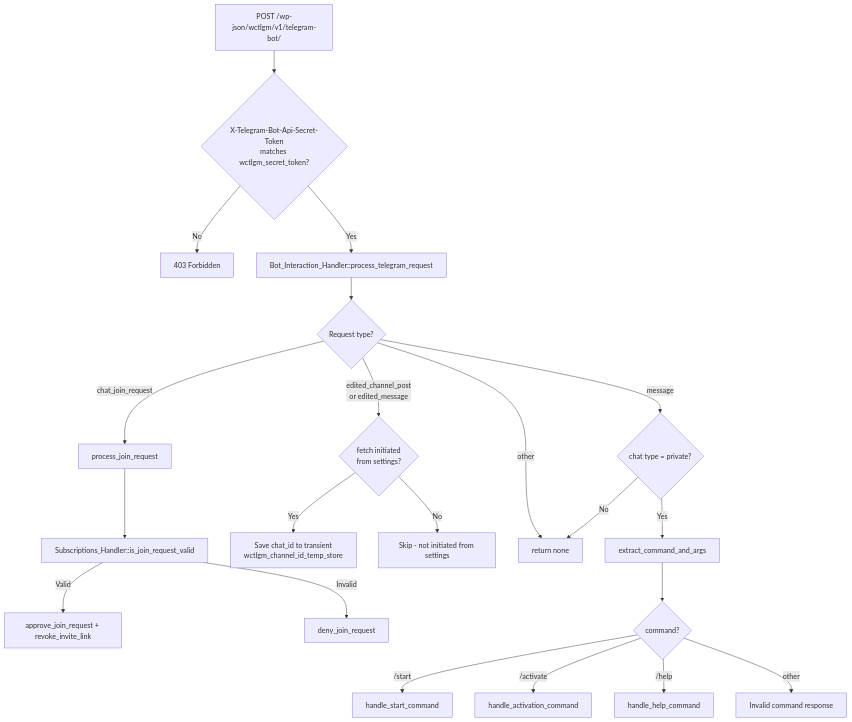
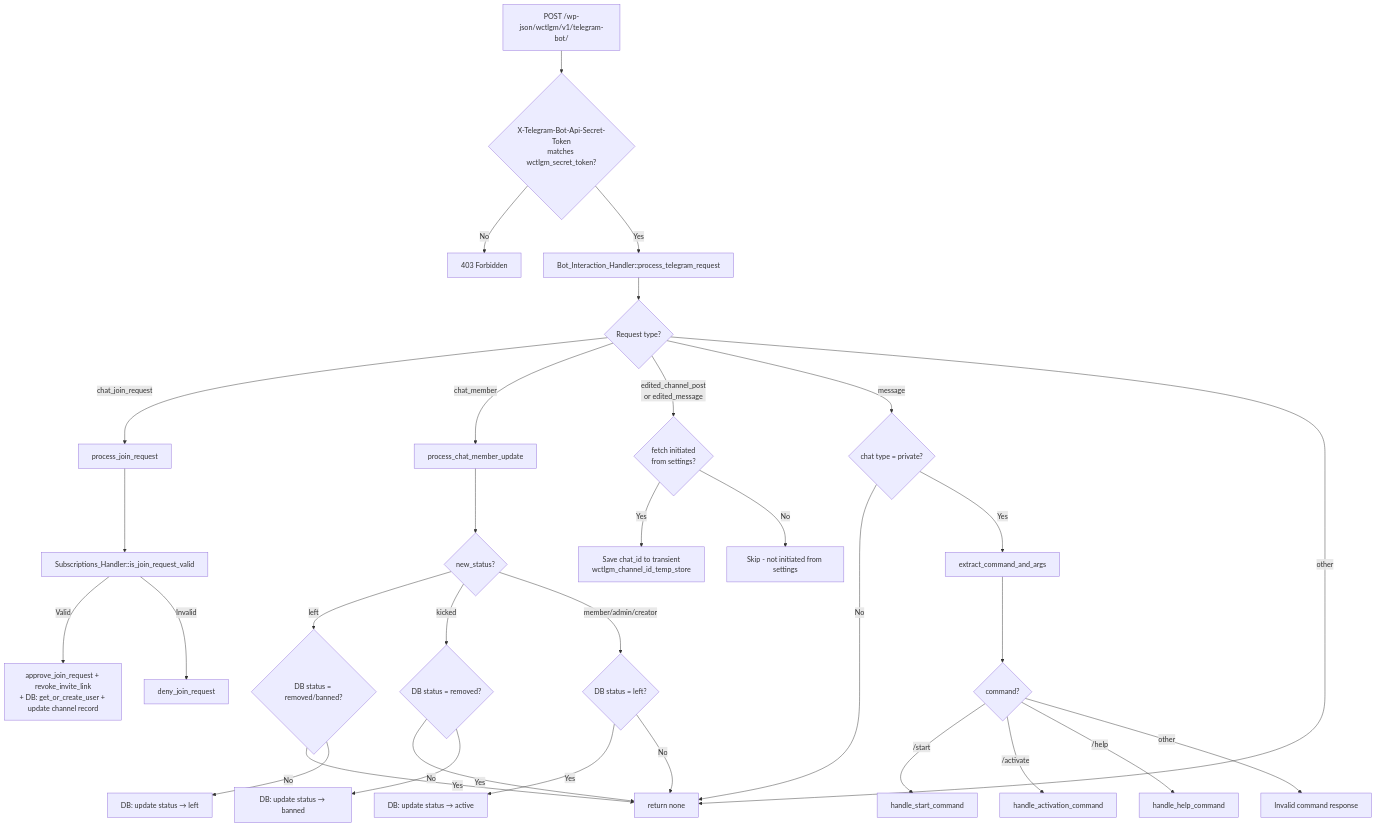
Before and after one commit to nickpagz/wctlgm-subscriber-manager-lite: the second of 6 diagrams in agent-context/DATA-FLOW.md, drawn with Mermaid. The commit also changed other lines of this file and 19 other files, not shown here.

````diff
--- a/agent-context/DATA-FLOW.md
+++ b/agent-context/DATA-FLOW.md
@@ -34,28 +35,40 @@
 ```mermaid
 flowchart TD
     A[POST /wp-json/wctlgm/v1/telegram-bot/] --> B{X-Telegram-Bot-Api-Secret-Token<br>matches wctlgm_secret_token?}
     B -->|No| C[403 Forbidden]
     B -->|Yes| D[Bot_Interaction_Handler::process_telegram_request]
 
     D --> E{Request type?}
 
     E -->|chat_join_request| F[process_join_request]
     F --> G[Subscriptions_Handler::is_join_request_valid]
-    G -->|Valid| H[approve_join_request + revoke_invite_link]
+    G -->|Valid| H[approve_join_request + revoke_invite_link<br>+ DB: get_or_create_user + update channel record]
     G -->|Invalid| I[deny_join_request]
+
+    E -->|chat_member| CM[process_chat_member_update]
+    CM --> CM1{new_status?}
+    CM1 -->|left| CM2{DB status = removed/banned?}
+    CM2 -->|Yes| N[Skip - preserve admin status]
+    CM2 -->|No| CM3[DB: update status → left]
+    CM1 -->|kicked| CM4{DB status = removed?}
+    CM4 -->|Yes| N
+    CM4 -->|No| CM5[DB: update status → banned]
+    CM1 -->|member/admin/creator| CM6{DB status = left?}
+    CM6 -->|Yes| CM7[DB: update status → active]
+    CM6 -->|No| N
 
     E -->|edited_channel_post<br>or edited_message| J{fetch initiated<br>from settings?}
     J -->|Yes| K[Save chat_id to transient<br>wctlgm_channel_id_temp_store]
     J -->|No| L[Skip - not initiated from settings]
 
     E -->|message| M{chat type = private?}
     M -->|No| N[return none]
     M -->|Yes| O[extract_command_and_args]
     O --> P{command?}
     P -->|/start| Q[handle_start_command]
     P -->|/activate| R[handle_activation_command]
     P -->|/help| S[handle_help_command]
     P -->|other| T[Invalid command response]
 
     E -->|other| N
 ```
````
